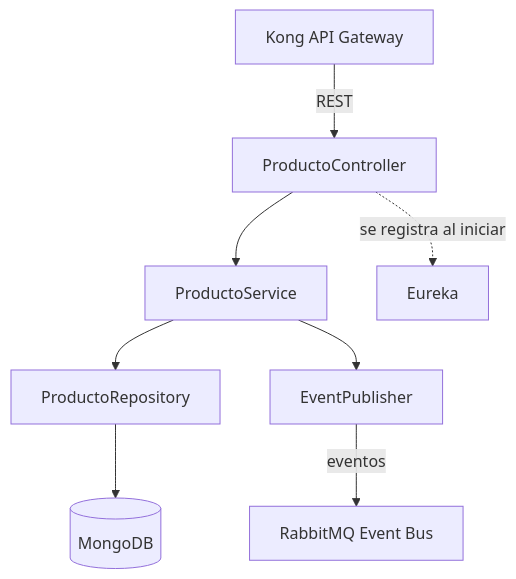
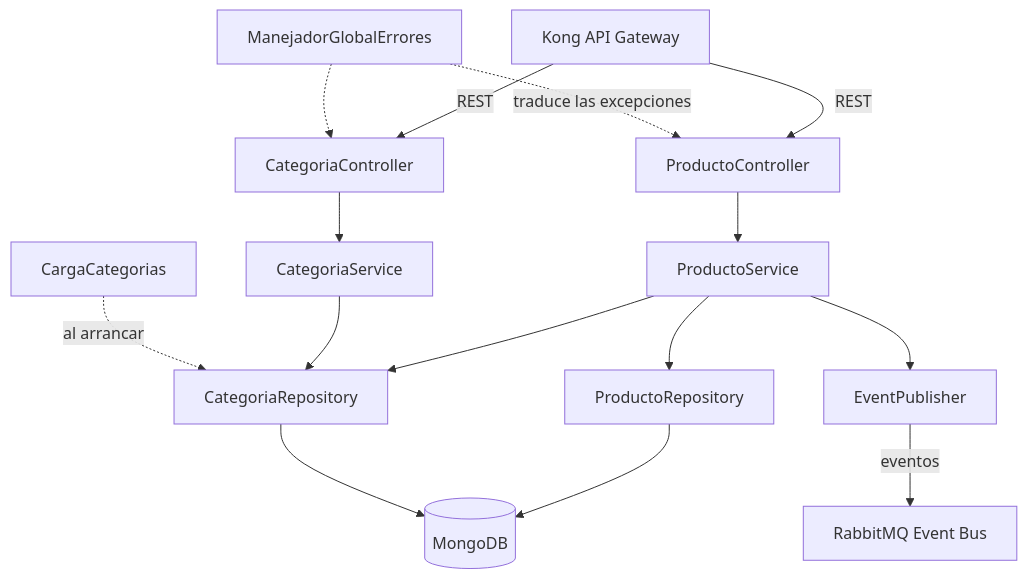
One commit to rancesra/teambsoft changed the diagram in docs/ARQUITECTURA-CATALOGO.md. Above: the diagram before and after it, drawn with Mermaid. The commit also changed other lines of this file and 4 other files, not shown here.

````diff
--- a/docs/ARQUITECTURA-CATALOGO.md
+++ b/docs/ARQUITECTURA-CATALOGO.md
@@ -24,10 +24,17 @@
 ```mermaid
 graph TD
-    Kong[Kong API Gateway] -->|REST| Controller[ProductoController]
-    Controller --> Service[ProductoService]
-    Service --> Repository[ProductoRepository]
-    Repository --> Mongo[(MongoDB)]
-    Service --> Publisher[EventPublisher]
+    Kong[Kong API Gateway] -->|REST| PC[ProductoController]
+    Kong -->|REST| CC[CategoriaController]
+    PC --> PS[ProductoService]
+    CC --> CS[CategoriaService]
+    PS --> PR[ProductoRepository]
+    PS --> CR[CategoriaRepository]
+    CS --> CR
+    PR --> Mongo[(MongoDB)]
+    CR --> Mongo
+    Carga[CargaCategorias] -.->|al arrancar| CR
+    PS --> Publisher[EventPublisher]
     Publisher -->|eventos| RabbitMQ[RabbitMQ Event Bus]
-    Controller -.->|se registra al iniciar| Eureka[Eureka]
+    Errores[ManejadorGlobalErrores] -.->|traduce las excepciones| PC
+    Errores -.-> CC
 ```
````
